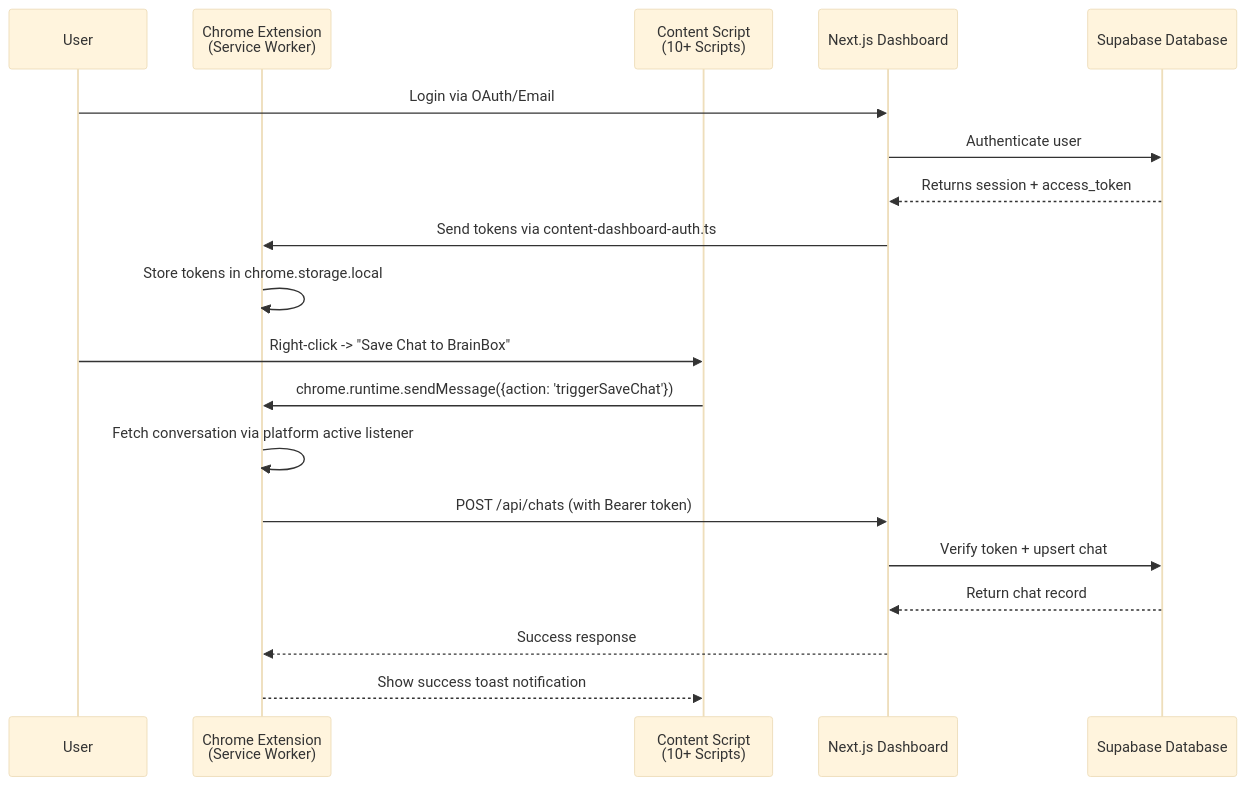
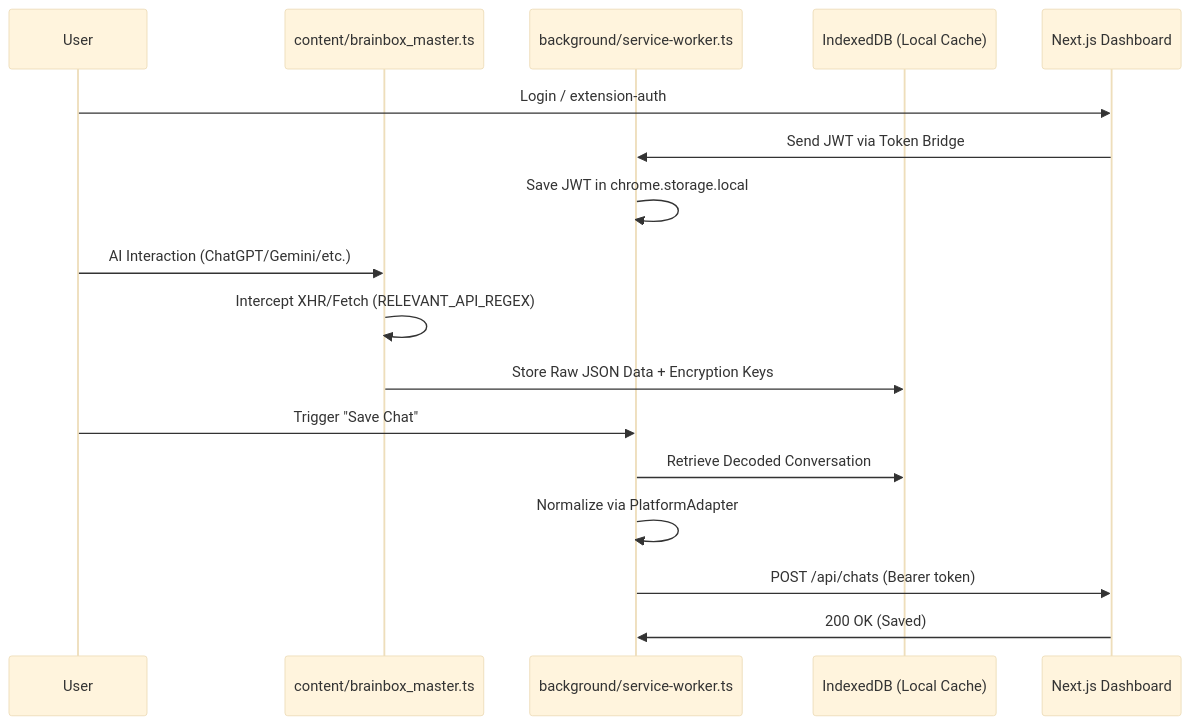
The diagram in docs/technical/SYNC_PROTOCOL.md (HackamViGo/Chat-Organizer), drawn with Mermaid (base theme) before and after one commit. The commit also changed other lines of this file and 113 other files, not shown here.

First line of the commit message:
feat: service worker recovery, project cleanup and configuration consolidation

````diff
--- a/docs/technical/SYNC_PROTOCOL.md
+++ b/docs/technical/SYNC_PROTOCOL.md
@@ -15,23 +14,22 @@
 ```mermaid
 sequenceDiagram
     participant User
-    participant Extension as Chrome Extension<br/>(Service Worker)
-    participant ContentScript as Content Script<br/>(10+ Scripts)
+    participant Ext_Master as content/brainbox_master.ts
+    participant Ext_SW as background/service-worker.ts
+    participant IDB as IndexedDB (Local Cache)
     participant Dashboard as Next.js Dashboard
-    participant Supabase as Supabase Database
-
-    User->>Dashboard: Login via OAuth/Email
-    Dashboard->>Supabase: Authenticate user
-    Supabase-->>Dashboard: Returns session + access_token
-    Dashboard->>Extension: Send tokens via content-dashboard-auth.ts
-    Extension->>Extension: Store tokens in chrome.storage.local
-
-    User->>ContentScript: Right-click -> "Save Chat to BrainBox"
-    ContentScript->>Extension: chrome.runtime.sendMessage({action: 'triggerSaveChat'})
-    Extension->>Extension: Fetch conversation via platform active listener
-    Extension->>Dashboard: POST /api/chats (with Bearer token)
-    Dashboard->>Supabase: Verify token + upsert chat
-    Supabase-->>Dashboard: Return chat record
-    Dashboard-->>Extension: Success response
-    Extension-->>ContentScript: Show success toast notification
+    
+    User->>Dashboard: Login / extension-auth
+    Dashboard->>Ext_SW: Send JWT via Token Bridge
+    Ext_SW->>Ext_SW: Save JWT in chrome.storage.local
+    
+    User->>Ext_Master: AI Interaction (ChatGPT/Gemini/etc.)
+    Ext_Master->>Ext_Master: Intercept XHR/Fetch (RELEVANT_API_REGEX)
+    Ext_Master->>IDB: Store Raw JSON Data + Encryption Keys
+    
+    User->>Ext_SW: Trigger "Save Chat"
+    Ext_SW->>IDB: Retrieve Decoded Conversation
+    Ext_SW->>Ext_SW: Normalize via PlatformAdapter
+    Ext_SW->>Dashboard: POST /api/chats (Bearer token)
+    Dashboard->>Ext_SW: 200 OK (Saved)
 ```
````
